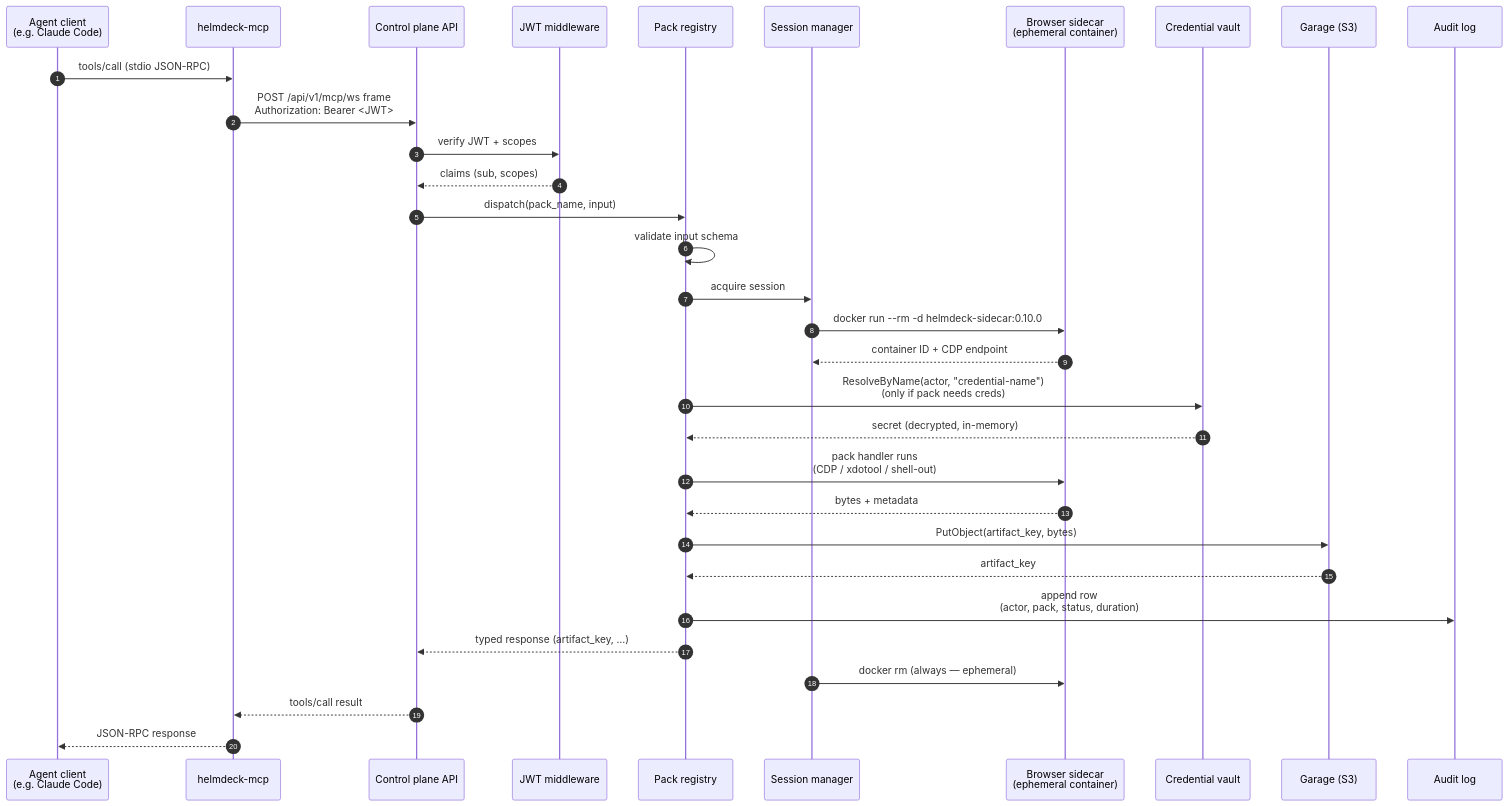
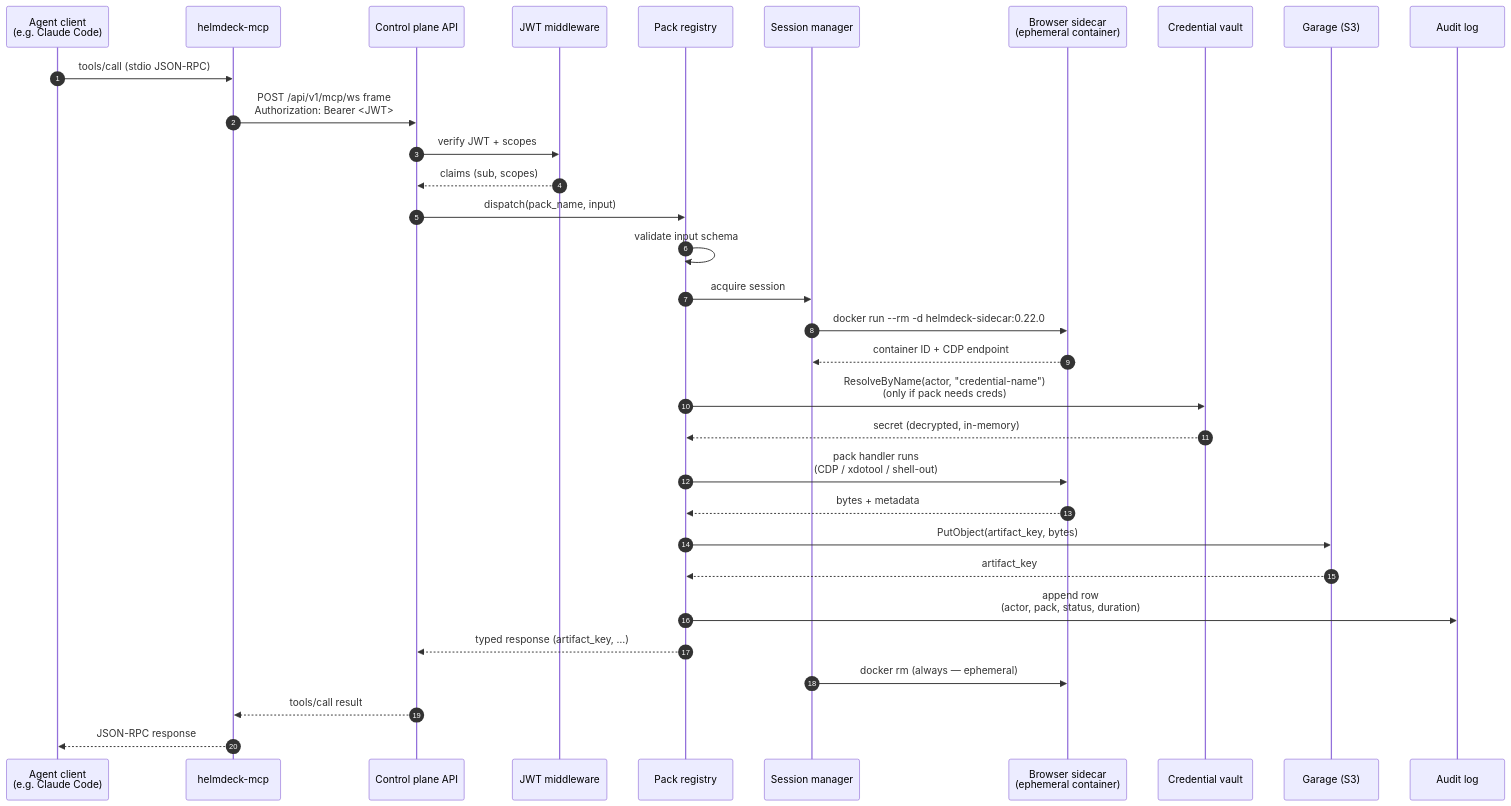
Before and after one commit to tosin2013/helmdeck: the second of 7 diagrams in docs/reference/architecture.md, drawn with Mermaid. The commit also changed other lines of this file and 44 other files, not shown here.

````diff
--- a/docs/reference/architecture.md
+++ b/docs/reference/architecture.md
@@ -125,35 +140,35 @@
 ```mermaid
 sequenceDiagram
     autonumber
     participant Agent as Agent client<br/>(e.g. Claude Code)
     participant Bridge as helmdeck-mcp
     participant API as Control plane API
     participant Auth as JWT middleware
     participant Reg as Pack registry
     participant Sess as Session manager
     participant Side as Browser sidecar<br/>(ephemeral container)
     participant Vault as Credential vault
     participant Garage as Garage (S3)
     participant Audit as Audit log
 
     Agent->>Bridge: tools/call (stdio JSON-RPC)
     Bridge->>API: POST /api/v1/mcp/ws frame<br/>Authorization: Bearer <JWT>
     API->>Auth: verify JWT + scopes
     Auth-->>API: claims (sub, scopes)
     API->>Reg: dispatch(pack_name, input)
     Reg->>Reg: validate input schema
     Reg->>Sess: acquire session
-    Sess->>Side: docker run --rm -d helmdeck-sidecar:0.10.0
+    Sess->>Side: docker run --rm -d helmdeck-sidecar:0.22.0
     Side-->>Sess: container ID + CDP endpoint
     Reg->>Vault: ResolveByName(actor, "credential-name") <br/>(only if pack needs creds)
     Vault-->>Reg: secret (decrypted, in-memory)
     Reg->>Side: pack handler runs<br/>(CDP / xdotool / shell-out)
     Side-->>Reg: bytes + metadata
     Reg->>Garage: PutObject(artifact_key, bytes)
     Garage-->>Reg: artifact_key
     Reg->>Audit: append row<br/>(actor, pack, status, duration)
     Reg-->>API: typed response (artifact_key, …)
     Sess->>Side: docker rm (always — ephemeral)
     API-->>Bridge: tools/call result
     Bridge-->>Agent: JSON-RPC response
 ```
````
